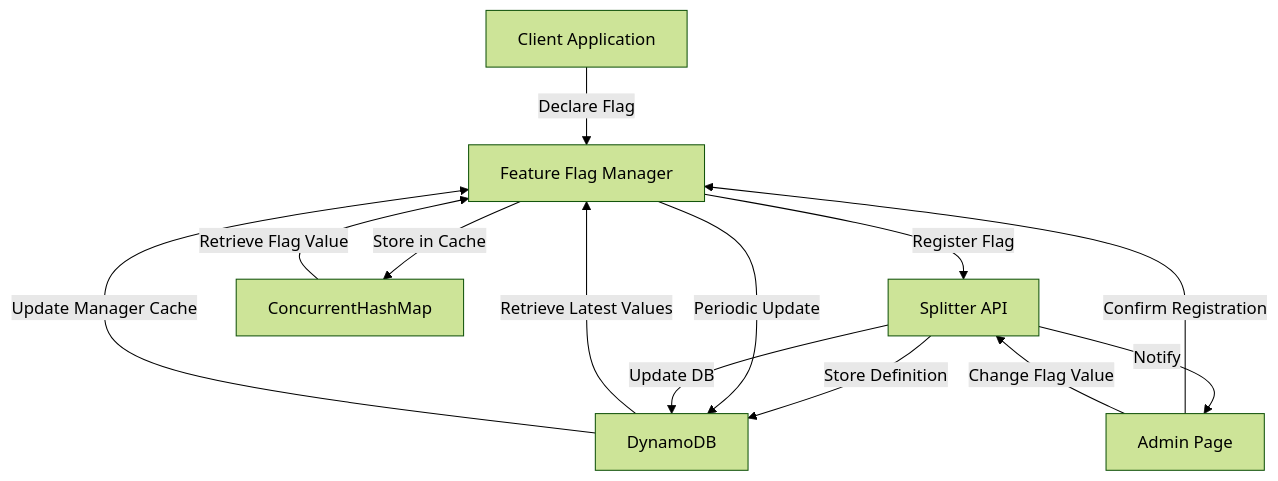
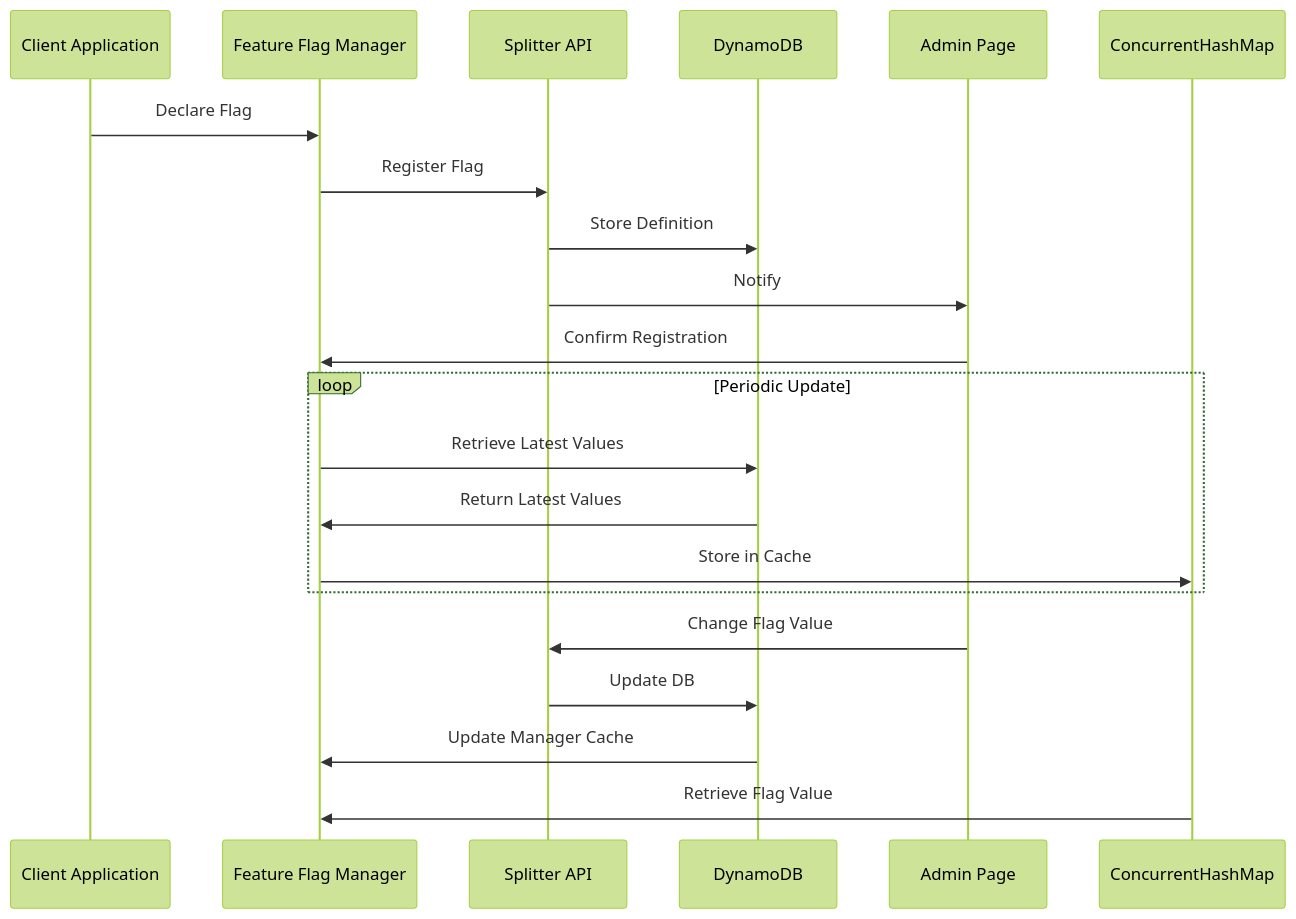
Before and after one commit to yeokyeong-yoon/yeokyeong-yoon.github.io: the first of 3 diagrams in _posts/2025-03-15-feature-flag-system.md, drawn with Mermaid (forest theme).

Commit message:
Add sequence diagram for Feature Flag system

````diff
--- a/_posts/2025-03-15-feature-flag-system.md
+++ b/_posts/2025-03-15-feature-flag-system.md
@@ -89,15 +89,24 @@
 ```mermaid
-graph TD
-    Client[Client Application] -->|Declare Flag| Manager[Feature Flag Manager]
-    Manager -->|Register Flag| Splitter[Splitter API]
-    Splitter -->|Store Definition| DB[DynamoDB]
-    Splitter -->|Notify| Admin[Admin Page]
-    Admin -->|Confirm Registration| Manager
-    Manager -->|Periodic Update| DB
-    DB -->|Retrieve Latest Values| Manager
-    Admin -->|Change Flag Value| Splitter
-    Splitter -->|Update DB| DB
-    DB -->|Update Manager Cache| Manager
-    Manager -->|Store in Cache| Cache[ConcurrentHashMap]
-    Cache -->|Retrieve Flag Value| Manager
+sequenceDiagram
+    participant Client as Client Application
+    participant Manager as Feature Flag Manager
+    participant Splitter as Splitter API
+    participant DB as DynamoDB
+    participant Admin as Admin Page
+    participant Cache as ConcurrentHashMap
+
+    Client->>Manager: Declare Flag
+    Manager->>Splitter: Register Flag
+    Splitter->>DB: Store Definition
+    Splitter->>Admin: Notify
+    Admin->>Manager: Confirm Registration
+    loop Periodic Update
+        Manager->>DB: Retrieve Latest Values
+        DB->>Manager: Return Latest Values
+        Manager->>Cache: Store in Cache
+    end
+    Admin->>Splitter: Change Flag Value
+    Splitter->>DB: Update DB
+    DB->>Manager: Update Manager Cache
+    Cache->>Manager: Retrieve Flag Value
 ```
````
